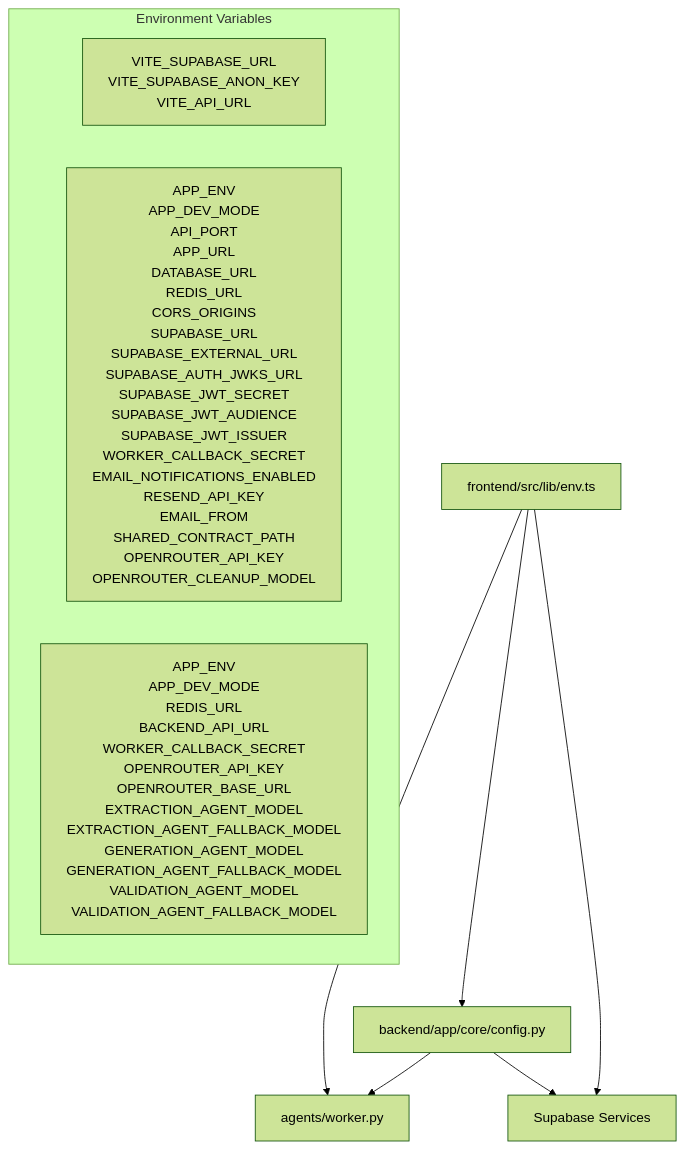
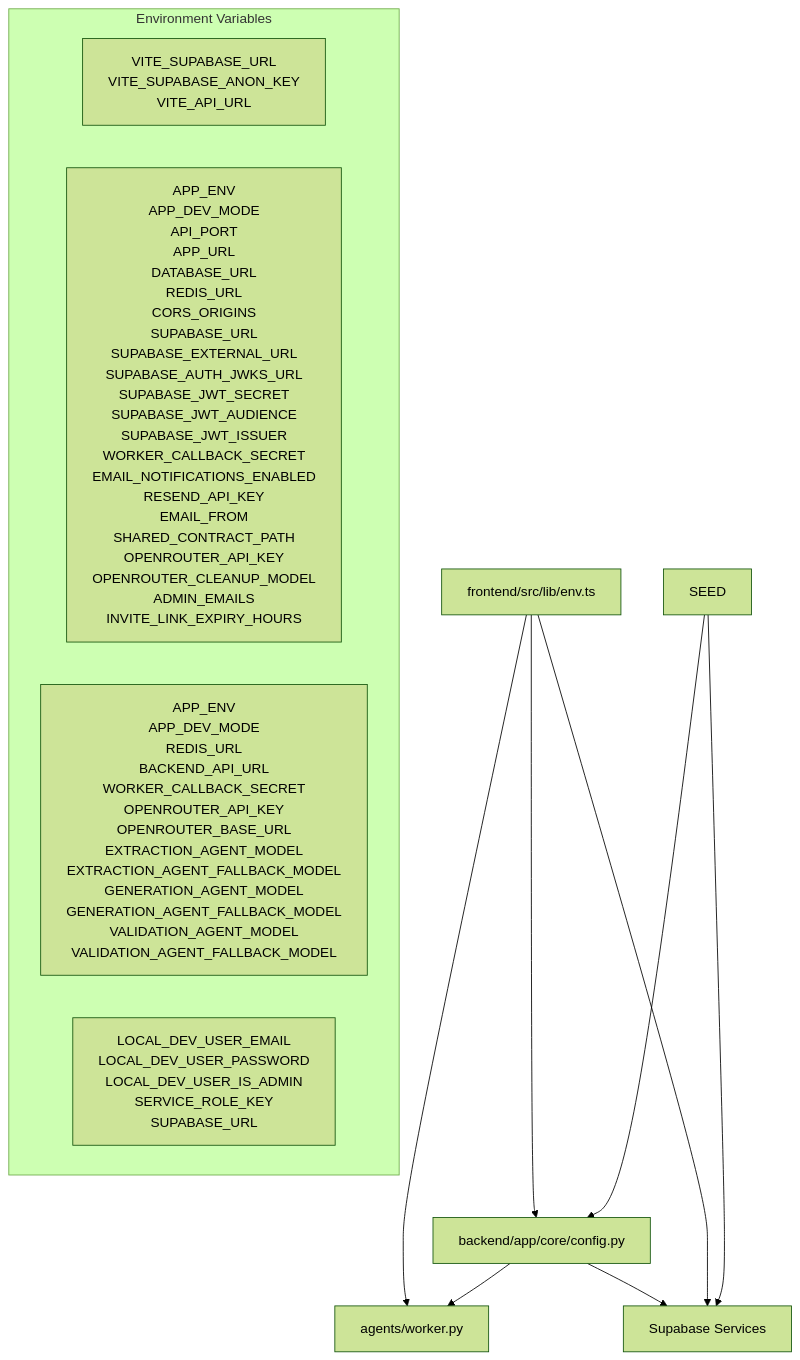
Before and after one commit to sankaL/resume-app: the seventh of 7 diagrams in .qoder/repowiki/en/content/Configuration and Environment/Configuration and Environment.md, drawn with Mermaid (forest theme). The commit also changed other lines of this file and 11 other files, not shown here.

````diff
--- a/.qoder/repowiki/en/content/Configuration and Environment/Configuration and Environment.md
+++ b/.qoder/repowiki/en/content/Configuration and Environment/Configuration and Environment.md
@@ -338,13 +375,16 @@
 ```mermaid
 graph TB
 subgraph "Environment Variables"
 ENV_FE["VITE_SUPABASE_URL<br/>VITE_SUPABASE_ANON_KEY<br/>VITE_API_URL"]
-ENV_BE["APP_ENV<br/>APP_DEV_MODE<br/>API_PORT<br/>APP_URL<br/>DATABASE_URL<br/>REDIS_URL<br/>CORS_ORIGINS<br/>SUPABASE_URL<br/>SUPABASE_EXTERNAL_URL<br/>SUPABASE_AUTH_JWKS_URL<br/>SUPABASE_JWT_SECRET<br/>SUPABASE_JWT_AUDIENCE<br/>SUPABASE_JWT_ISSUER<br/>WORKER_CALLBACK_SECRET<br/>EMAIL_NOTIFICATIONS_ENABLED<br/>RESEND_API_KEY<br/>EMAIL_FROM<br/>SHARED_CONTRACT_PATH<br/>OPENROUTER_API_KEY<br/>OPENROUTER_CLEANUP_MODEL"]
+ENV_BE["APP_ENV<br/>APP_DEV_MODE<br/>API_PORT<br/>APP_URL<br/>DATABASE_URL<br/>REDIS_URL<br/>CORS_ORIGINS<br/>SUPABASE_URL<br/>SUPABASE_EXTERNAL_URL<br/>SUPABASE_AUTH_JWKS_URL<br/>SUPABASE_JWT_SECRET<br/>SUPABASE_JWT_AUDIENCE<br/>SUPABASE_JWT_ISSUER<br/>WORKER_CALLBACK_SECRET<br/>EMAIL_NOTIFICATIONS_ENABLED<br/>RESEND_API_KEY<br/>EMAIL_FROM<br/>SHARED_CONTRACT_PATH<br/>OPENROUTER_API_KEY<br/>OPENROUTER_CLEANUP_MODEL<br/>ADMIN_EMAILS<br/>INVITE_LINK_EXPIRY_HOURS"]
 ENV_AG["APP_ENV<br/>APP_DEV_MODE<br/>REDIS_URL<br/>BACKEND_API_URL<br/>WORKER_CALLBACK_SECRET<br/>OPENROUTER_API_KEY<br/>OPENROUTER_BASE_URL<br/>EXTRACTION_AGENT_MODEL<br/>EXTRACTION_AGENT_FALLBACK_MODEL<br/>GENERATION_AGENT_MODEL<br/>GENERATION_AGENT_FALLBACK_MODEL<br/>VALIDATION_AGENT_MODEL<br/>VALIDATION_AGENT_FALLBACK_MODEL"]
+ENV_SEED["LOCAL_DEV_USER_EMAIL<br/>LOCAL_DEV_USER_PASSWORD<br/>LOCAL_DEV_USER_IS_ADMIN<br/>SERVICE_ROLE_KEY<br/>SUPABASE_URL"]
 end
 FE["frontend/src/lib/env.ts"] --> BE["backend/app/core/config.py"]
 FE --> AG["agents/worker.py"]
 BE --> AG
 BE --> SUPA["Supabase Services"]
 FE --> SUPA
+SEED --> BE
+SEED --> SUPA
 ```
````
